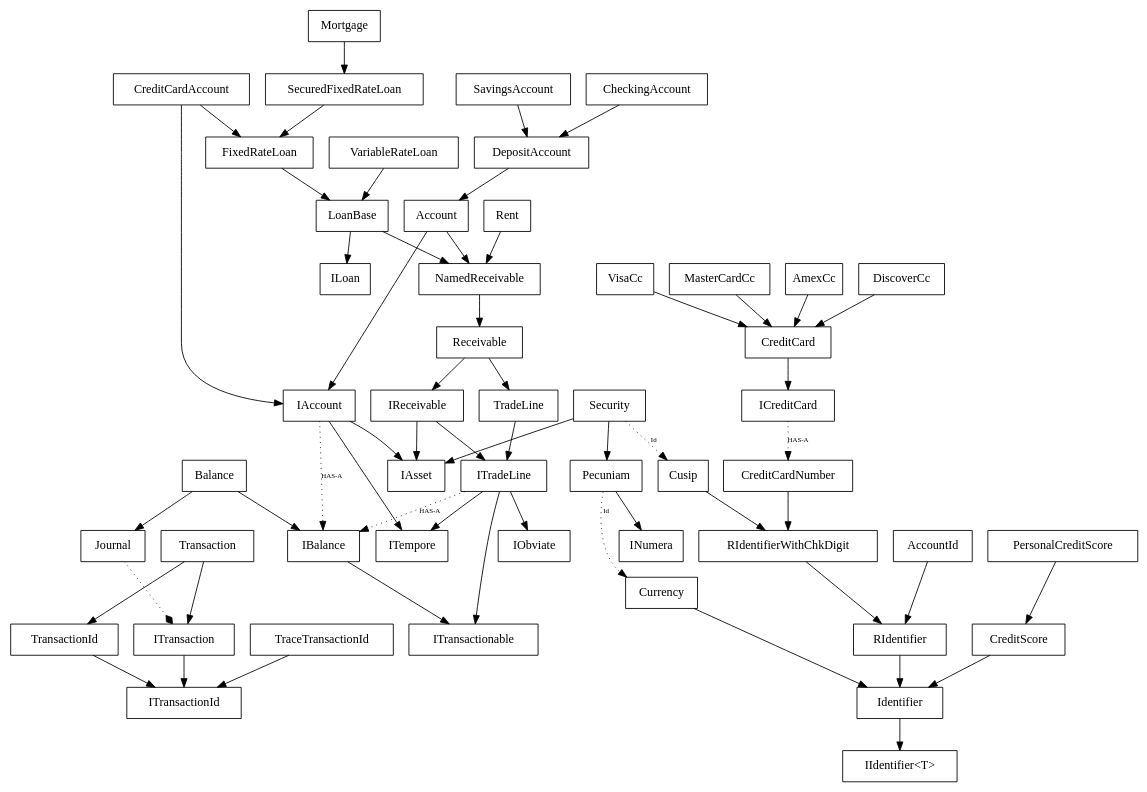
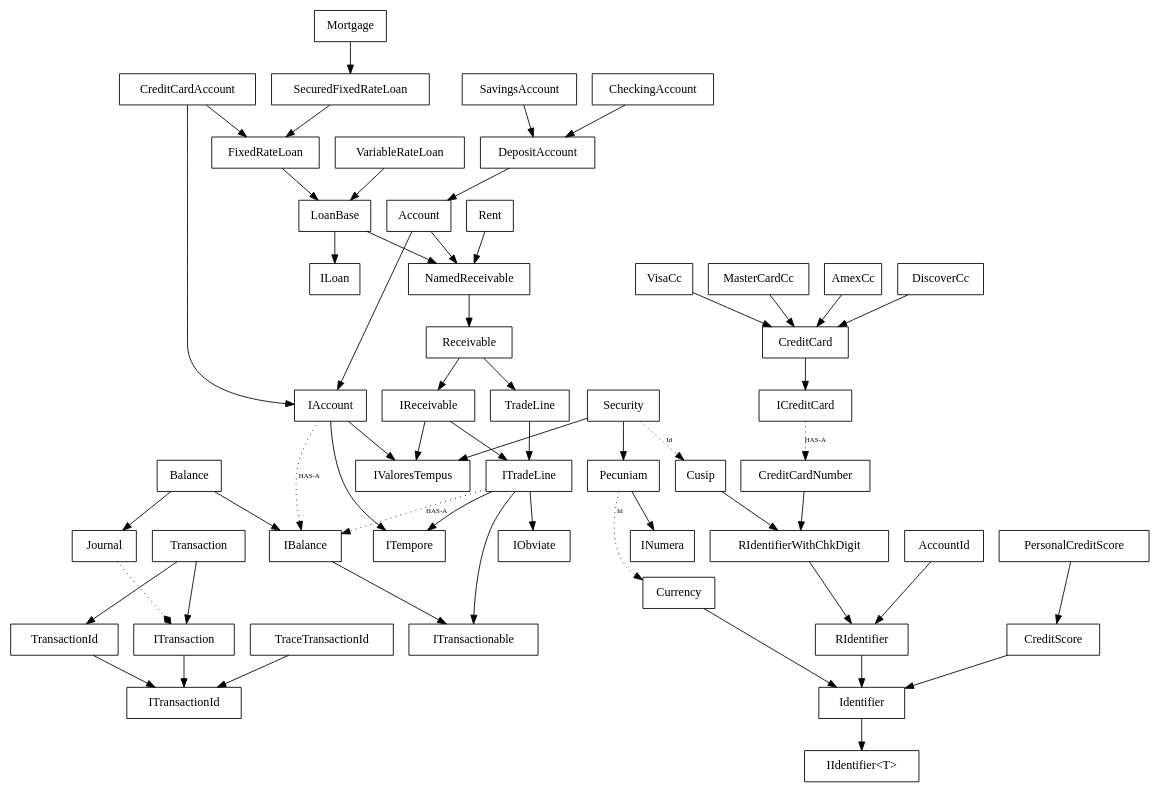
One commit to nofuture-git/31g changed the diagram in trunk/Code/NoFuture/Rand/Sp/__ClassDiagram.gv. Above: the diagram before and after it, drawn with Graphviz. The commit also changed 6 other files, not shown here.

```diff
--- a/trunk/Code/NoFuture/Rand/Sp/__ClassDiagram.gv
+++ b/trunk/Code/NoFuture/Rand/Sp/__ClassDiagram.gv
@@ -1,62 +1,62 @@
 digraph noFutureRandDataSp {
     node [fontname=Consolas, shape=box]
     
     StringId [label="IIdentifier<T>"]
     
     Mortgage -> SecuredFixedRateLoan
     SecuredFixedRateLoan -> FixedRateLoan
     CreditCardAccount -> FixedRateLoan
     CreditCardAccount -> IAccount
     FixedRateLoan -> LoanBase
     LoanBase -> NamedReceivable
     Rent -> NamedReceivable
     CheckingAccount -> DepositAccount
     SavingsAccount -> DepositAccount
     Account -> NamedReceivable
     Account -> IAccount
     DepositAccount -> Account
     Receivable -> IReceivable
     Receivable -> TradeLine
     IReceivable -> ITradeLine
-    IReceivable -> IAsset
+    IReceivable -> IValoresTempus
     LoanBase -> ILoan
     TradeLine -> ITradeLine
     ITradeLine -> ITempore
     ITradeLine -> ITransactionable
     ITradeLine -> IObviate
-    IAccount -> IAsset
+    IAccount -> IValoresTempus
     IAccount -> IBalance [style="dotted" label="HAS-A",fontname=Consolas, fontsize=8]
     IAccount -> ITempore
     NamedReceivable -> Receivable
     ITradeLine -> IBalance [style="dotted" label="HAS-A",fontname=Consolas, fontsize=8]
     Balance -> IBalance
     Balance -> Journal
     VariableRateLoan -> LoanBase
-    Security -> IAsset
+    Security -> IValoresTempus
     Security -> Pecuniam
     Security -> Cusip [style="dotted", label="Id",fontname=Consolas, fontsize=8]
     Cusip -> RIdentifierWithChkDigit
     RIdentifierWithChkDigit -> RIdentifier
     RIdentifier -> Identifier
     Pecuniam -> Currency [style="dotted", label="Id",fontname=Consolas, fontsize=8]
     Currency -> Identifier
     Pecuniam -> INumera
     CreditScore -> Identifier
     PersonalCreditScore -> CreditScore
     CreditCardNumber -> RIdentifierWithChkDigit
     VisaCc -> CreditCard
     MasterCardCc -> CreditCard
     AmexCc -> CreditCard
     DiscoverCc -> CreditCard
     CreditCard -> ICreditCard
     ICreditCard -> CreditCardNumber [style="dotted" label="HAS-A",fontname=Consolas, fontsize=8]
     Identifier -> StringId
     IBalance -> ITransactionable
     AccountId -> RIdentifier
     Journal -> ITransaction [style="dotted" arrowhead="diamond"]
     Transaction -> ITransaction
     Transaction -> TransactionId
     ITransaction -> ITransactionId
     TransactionId -> ITransactionId
     TraceTransactionId -> ITransactionId
 }
```
